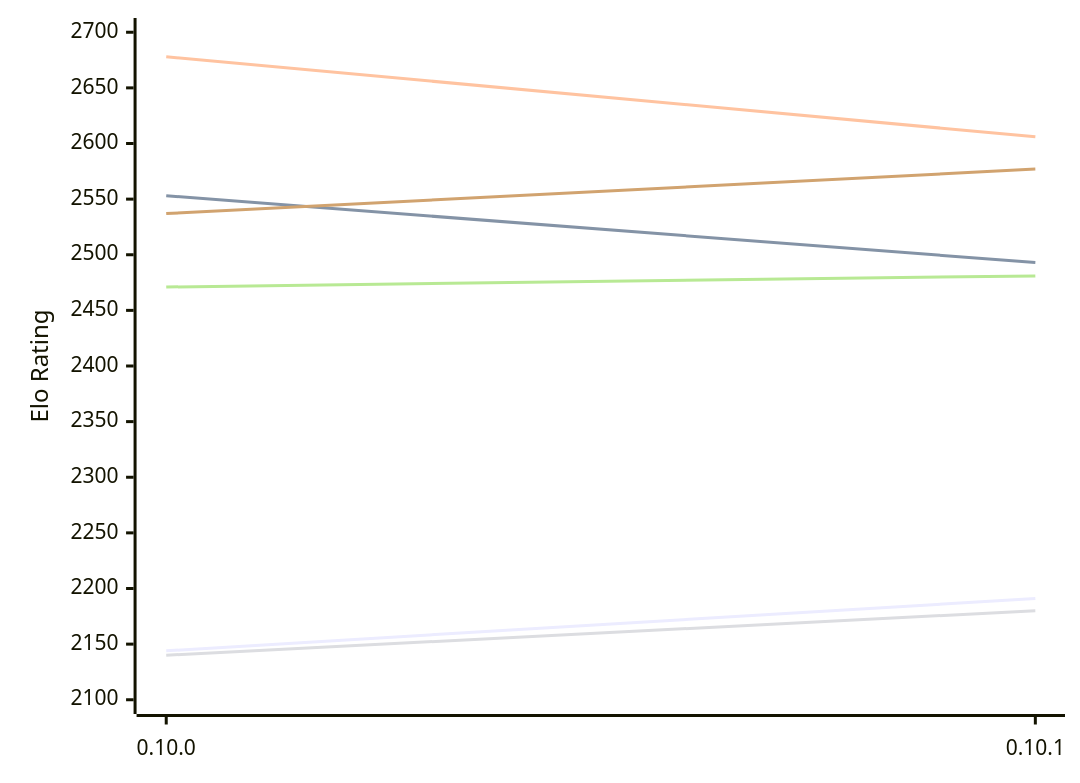
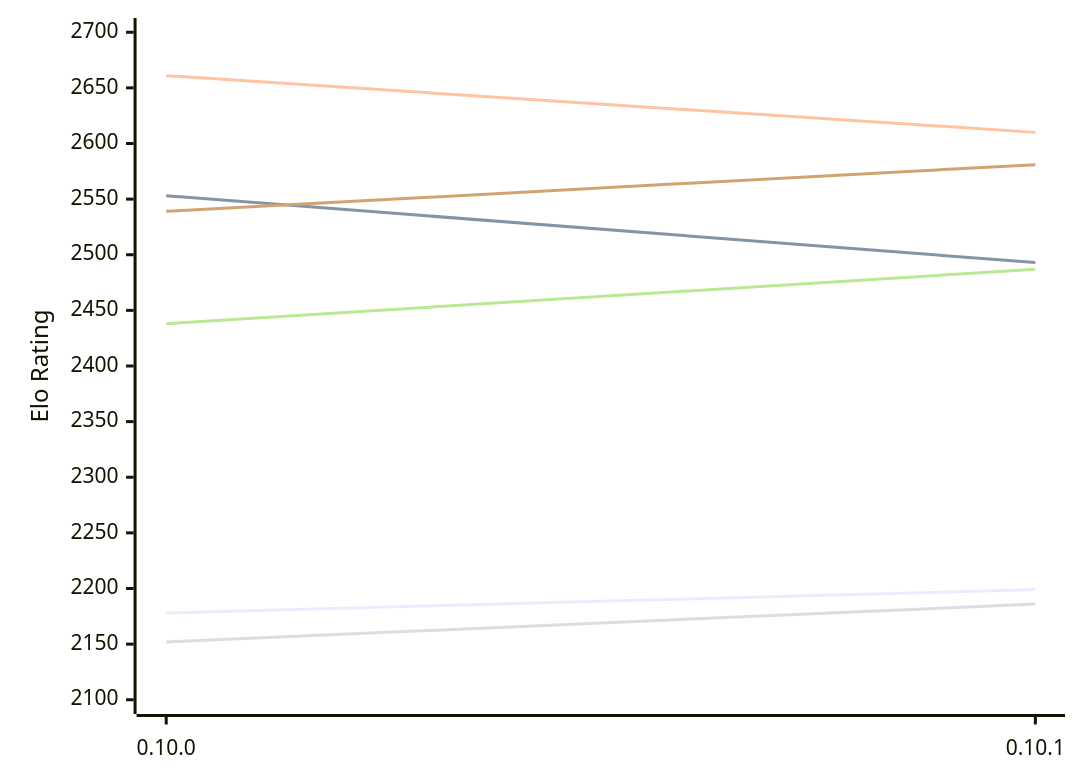
The first of 2 diagrams in engines/Fatalii.md (computer-chess-index/cci), drawn with Mermaid before and after one commit. The commit also changed other lines of this file, not shown here.

Commit message:
Update CCI Ratings (ELO VLTC) - 2026-11-17

````diff
--- a/engines/Fatalii.md
+++ b/engines/Fatalii.md
@@ -50,12 +50,12 @@
 ```mermaid
 %%{init: {"theme":"base","themeVariables":{"seriesColors:['#a3a3a3','#222221','#faa371']}}}%%
 xychart-beta
   x-axis ["0.10.0", "0.10.1"]
   y-axis "Elo Rating" 2100 --> 2700
-  line "E1: STC (8.0+0.08s)" [2144, 2191]
+  line "E1: STC (8.0+0.08s)" [2178, 2199]
   line "E1: LTC (60.0+0.60s)" [2553, 2493]
-  line "E1: VLTC (2m24s+1.12s)" [2678, 2606]
-  line "P1: STC (8.0+0.08s)" [2140, 2180]
-  line "P1: LTC (60.0+0.60s)" [2471, 2481]
-  line "P1: VLTC (2m24s+1.12s)" [2537, 2577]
+  line "E1: VLTC (2m24s+1.12s)" [2661, 2610]
+  line "P1: STC (8.0+0.08s)" [2152, 2186]
+  line "P1: LTC (60.0+0.60s)" [2438, 2487]
+  line "P1: VLTC (2m24s+1.12s)" [2539, 2581]
 ```
````
